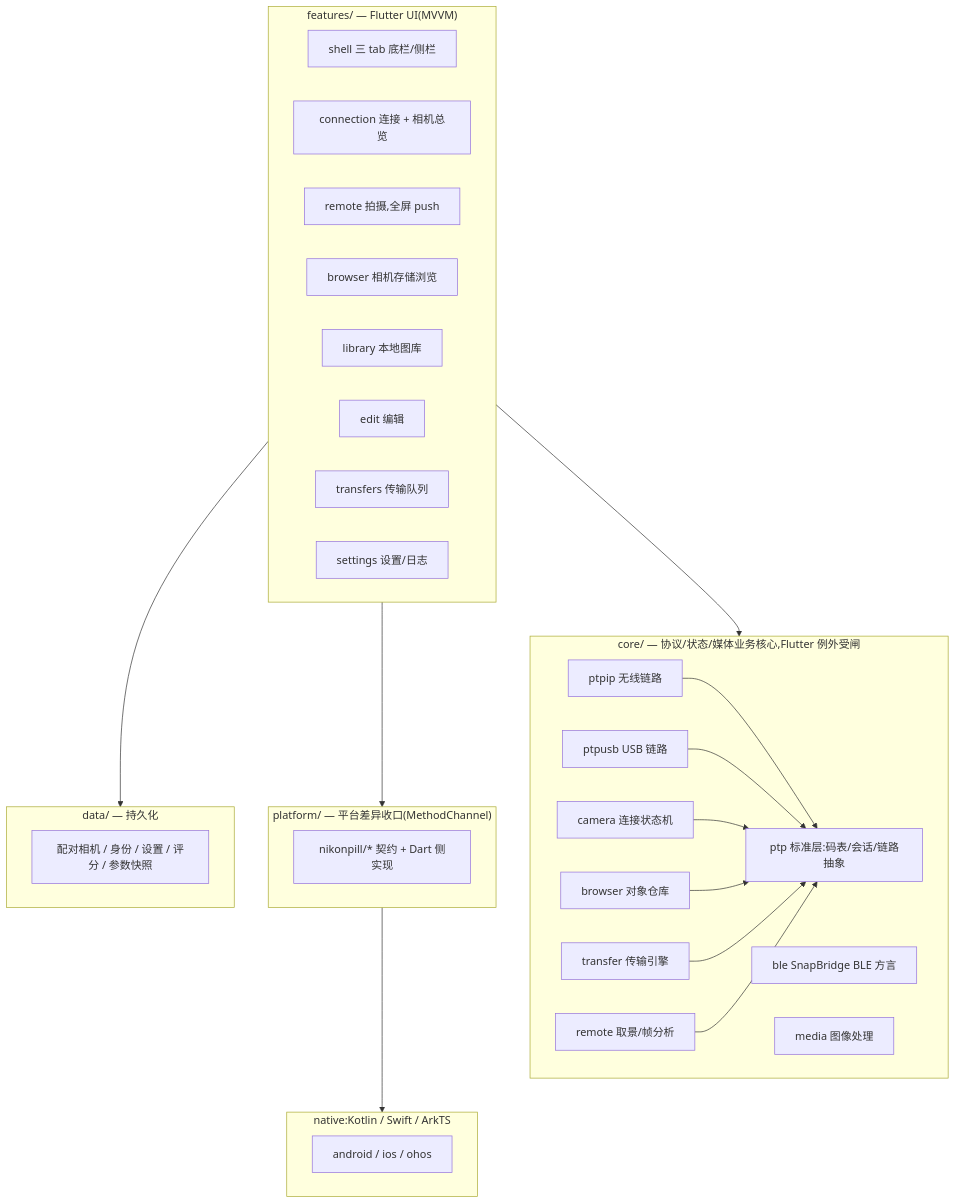
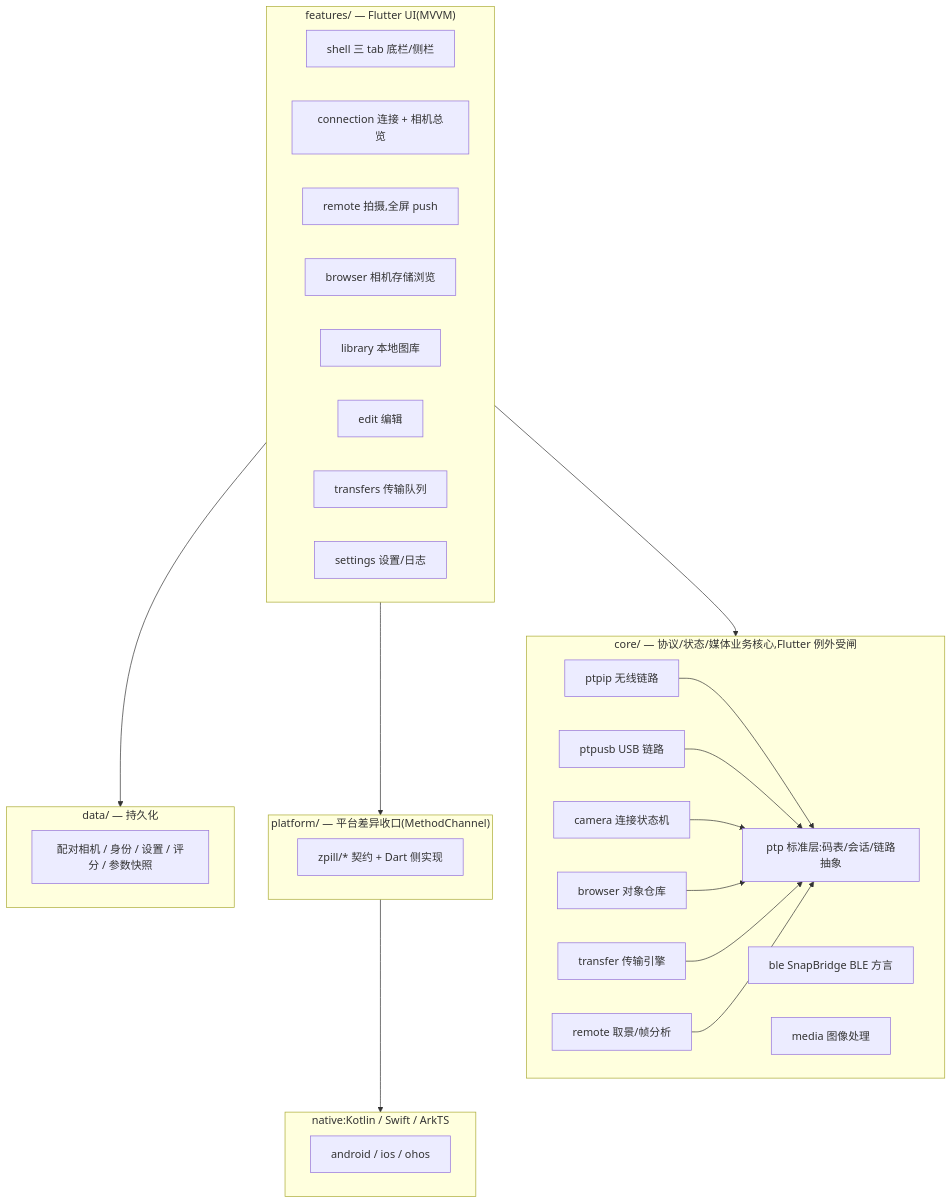
The diagram in docs/ARCHITECTURE.md (jaminxx-aha/ZPill), drawn with Mermaid before and after one commit. The commit also changed other lines of this file and 253 other files, not shown here.

````diff
--- a/docs/ARCHITECTURE.md
+++ b/docs/ARCHITECTURE.md
@@ -10,44 +10,44 @@
 ```mermaid
 flowchart TD
     subgraph UI["features/ — Flutter UI(MVVM)"]
         shell[shell 三 tab 底栏/侧栏]
         conn[connection 连接 + 相机总览]
         remote[remote 拍摄,全屏 push]
         browser[browser 相机存储浏览]
         library[library 本地图库]
         edit[edit 编辑]
         transfers[transfers 传输队列]
         settings[settings 设置/日志]
     end
     subgraph CORE["core/ — 协议/状态/媒体业务核心,Flutter 例外受闸"]
         ptp[ptp 标准层:码表/会话/链路抽象]
         ptpip[ptpip 无线链路]
         ptpusb[ptpusb USB 链路]
         bleC[ble SnapBridge BLE 方言]
         camera[camera 连接状态机]
         browserCore[browser 对象仓库]
         transfer[transfer 传输引擎]
         remoteCore[remote 取景/帧分析]
         media[media 图像处理]
     end
     subgraph PLAT["platform/ — 平台差异收口(MethodChannel)"]
-        plat["nikonpill/* 契约 + Dart 侧实现"]
+        plat["zpill/* 契约 + Dart 侧实现"]
     end
     subgraph DATA["data/ — 持久化"]
         store[配对相机 / 身份 / 设置 / 评分 / 参数快照]
     end
     subgraph NATIVE["native:Kotlin / Swift / ArkTS"]
         native[android / ios / ohos]
     end
 
     UI --> CORE
     UI --> PLAT
     UI --> DATA
     ptpip --> ptp
     ptpusb --> ptp
     camera --> ptp
     browserCore --> ptp
     transfer --> ptp
     remoteCore --> ptp
     PLAT --> NATIVE
 ```
````
